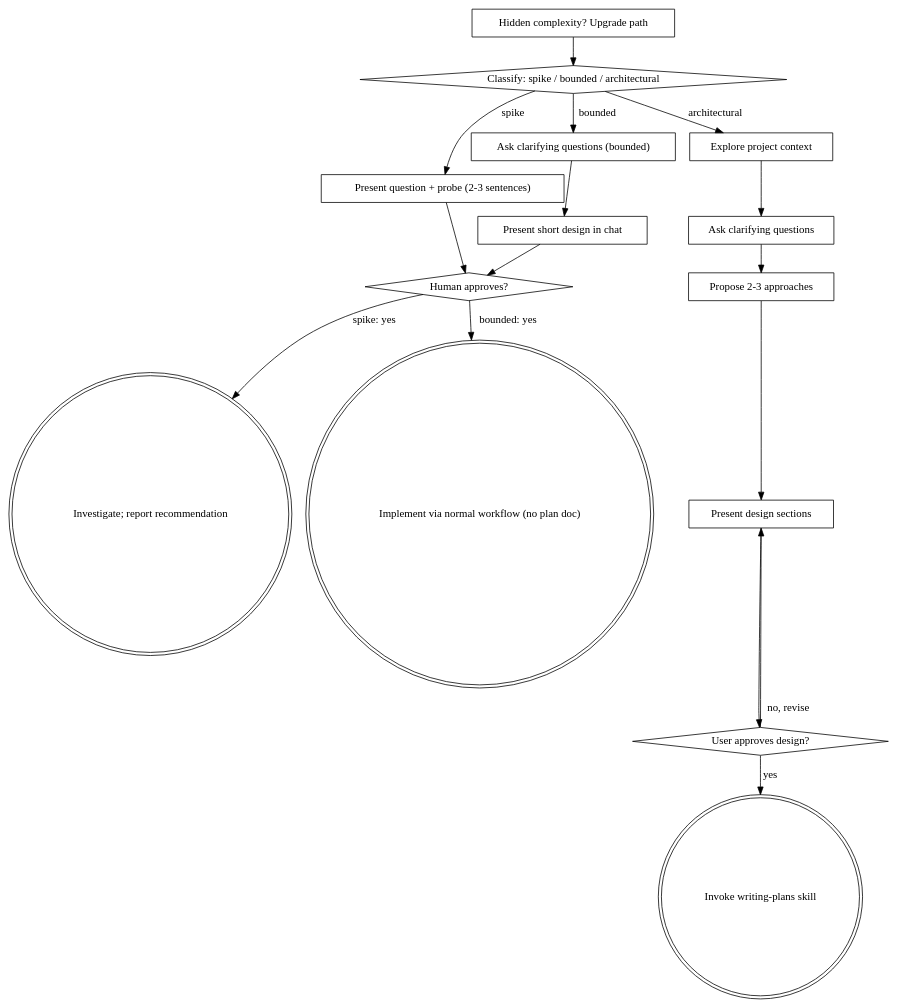
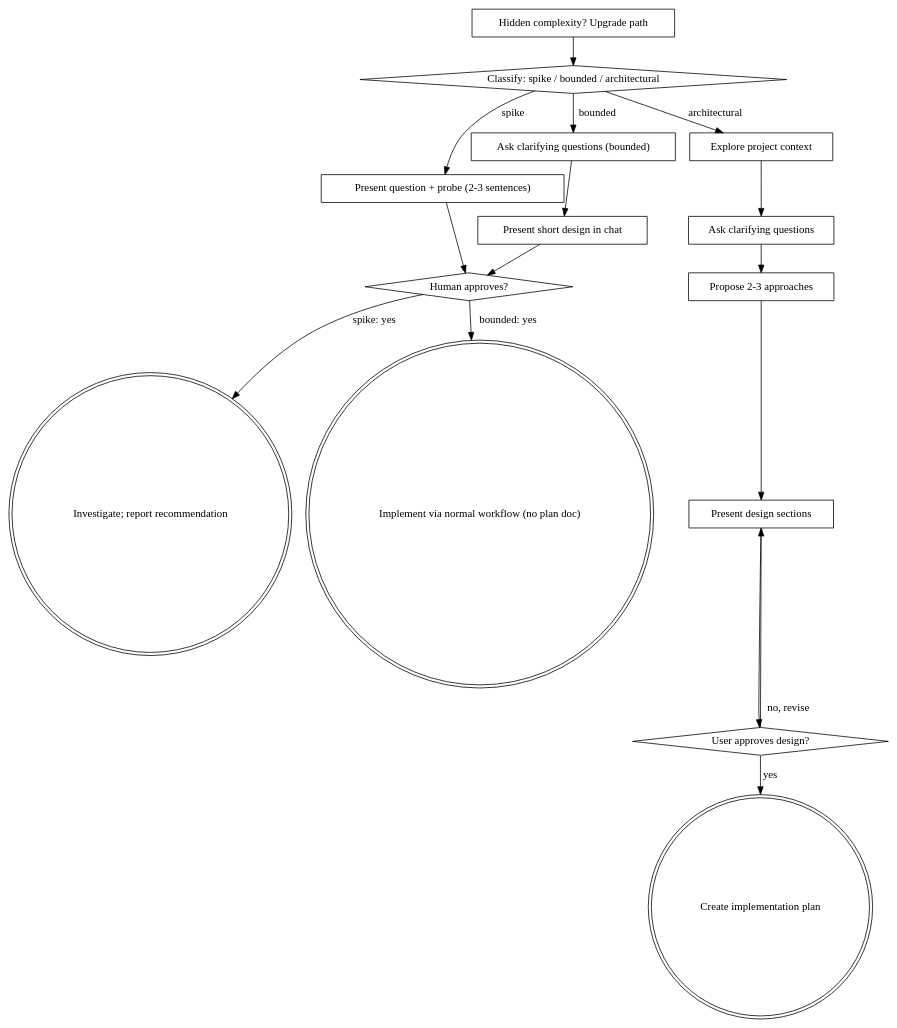
One commit to vowdemon/skills changed the diagram in skills/brainstorming-simple/SKILL.md. Above: the diagram before and after it, drawn with Graphviz. The commit also changed other lines of this file and 4 other files, not shown here.

````diff
--- a/skills/brainstorming-simple/SKILL.md
+++ b/skills/brainstorming-simple/SKILL.md
@@ -104,33 +103,33 @@
 ```dot
 digraph brainstorming {
     "Classify: spike / bounded / architectural" [shape=diamond];
     "Present question + probe (2-3 sentences)" [shape=box];
     "Ask clarifying questions (bounded)" [shape=box];
     "Present short design in chat" [shape=box];
     "Human approves?" [shape=diamond];
     "Investigate; report recommendation" [shape=doublecircle];
     "Implement via normal workflow (no plan doc)" [shape=doublecircle];
     "Explore project context" [shape=box];
     "Ask clarifying questions" [shape=box];
     "Propose 2-3 approaches" [shape=box];
     "Present design sections" [shape=box];
     "User approves design?" [shape=diamond];
-    "Invoke writing-plans skill" [shape=doublecircle];
+    "Create implementation plan" [shape=doublecircle];
     "Hidden complexity? Upgrade path" [shape=box];
     "Classify: spike / bounded / architectural" -> "Present question + probe (2-3 sentences)" [label="spike"];
     "Classify: spike / bounded / architectural" -> "Ask clarifying questions (bounded)" [label="bounded"];
     "Classify: spike / bounded / architectural" -> "Explore project context" [label="architectural"];
     "Present question + probe (2-3 sentences)" -> "Human approves?";
     "Ask clarifying questions (bounded)" -> "Present short design in chat";
     "Present short design in chat" -> "Human approves?";
     "Human approves?" -> "Investigate; report recommendation" [label="spike: yes"];
     "Human approves?" -> "Implement via normal workflow (no plan doc)" [label="bounded: yes"];
     "Hidden complexity? Upgrade path" -> "Classify: spike / bounded / architectural";
     "Explore project context" -> "Ask clarifying questions";
     "Ask clarifying questions" -> "Propose 2-3 approaches";
     "Propose 2-3 approaches" -> "Present design sections";
     "Present design sections" -> "User approves design?";
     "User approves design?" -> "Present design sections" [label="no, revise"];
-    "User approves design?" -> "Invoke writing-plans skill" [label="yes"];
+    "User approves design?" -> "Create implementation plan" [label="yes"];
 }
 ```
````
